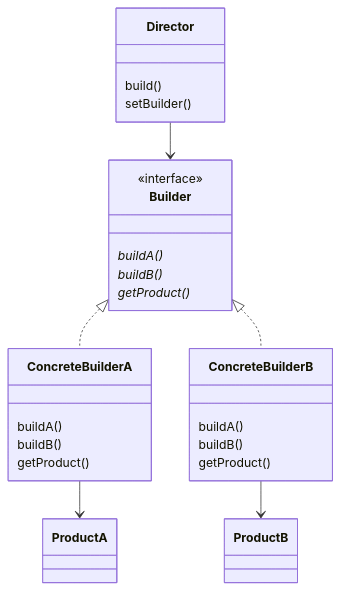
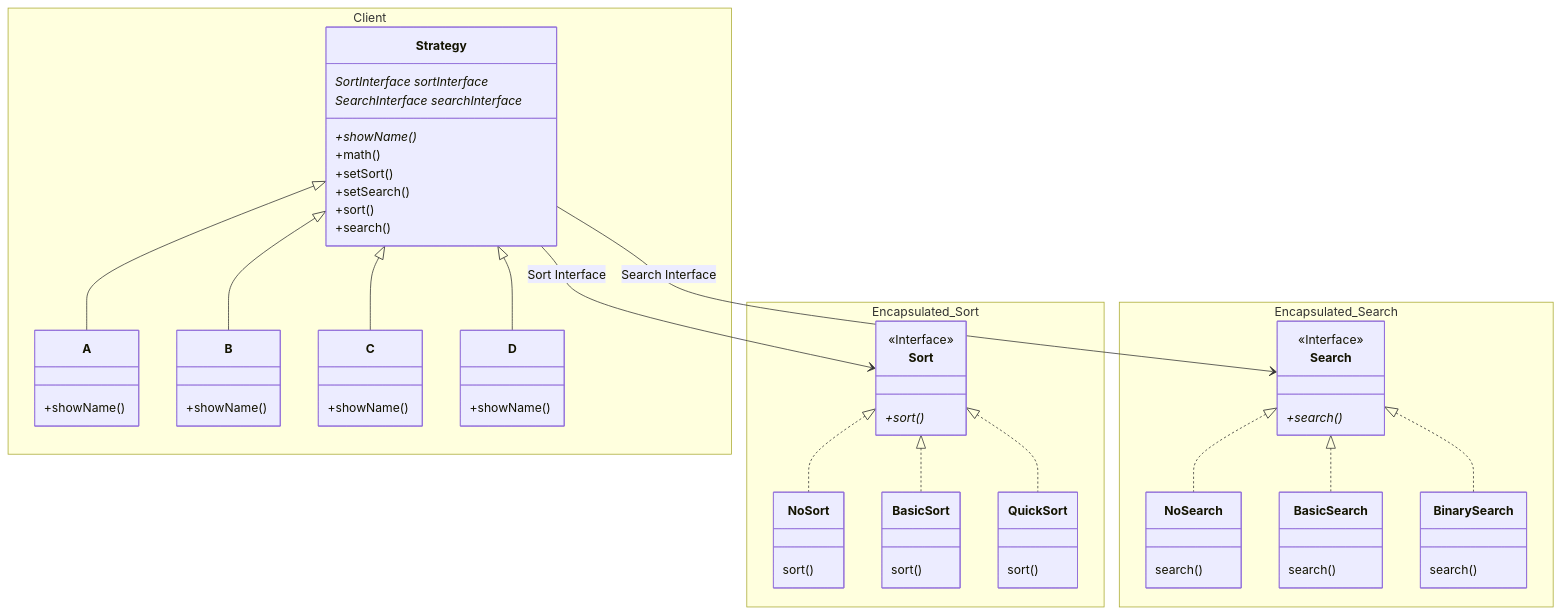
The diagram in classdiagram.md (bloodstrawberry2/new_repo), drawn with Mermaid before and after one commit.

````diff
--- a/classdiagram.md
+++ b/classdiagram.md
@@ -1,39 +1,77 @@
 ```mermaid
   classDiagram    
-    class Director {
-      build()
-      setBuilder()
+    namespace Client {
+      class Strategy { 
+        SortInterface sortInterface*
+        SearchInterface searchInterface*
+        +showName()*
+        +math()
+        +setSort()
+        +setSearch()
+        +sort()
+        +search()
+      }
+      class A { 
+        +showName()
+      }
+      class B { 
+        +showName()
+      }
+      class C { 
+        +showName()
+      }
+      class D { 
+        +showName()
+      }
     }
-
-    class Builder {
-       buildA()*
-       buildB()*
-       getProduct()*
-    } 
-    
-    class ConcreteBuilderA {
-       buildA()
-       buildB()
-       getProduct()
+    namespace Encapsulated_Sort {
+      class Sort {
+        +sort()*
+      }
+      class NoSort {
+        sort()
+      }
+      class BasicSort {
+        sort()
+      }
+      class Quick Sort {
+        sort()
+      }
+    }
+    namespace Encapsulated_Search {
+      class Search {
+        +search()*
+      }
+      class NoSearch {
+        search()
+      }
+      class BasicSearch {
+        search()
+      }
+      class BinarySearch {
+        search()
+      }
     }
     
-    class ConcreteBuilderB {
-       buildA()
-       buildB()
-       getProduct()
-    }
 
-    class ProductA {
-    }
 
-    class ProductB {
-    }
+    <<Interface>> Sort
+    <<Interface>> Search
     
-    <<interface>> Builder
+    Strategy <|-- A
+    Strategy <|-- B    
+    Strategy <|-- C
+    Strategy <|-- D    
+    
+    Strategy --> Sort :  Sort Interface 
+    Strategy --> Search : Search Interface 
 
-    Director --> Builder
-    Builder <|.. ConcreteBuilderA
-    Builder <|.. ConcreteBuilderB    
-    ConcreteBuilderA --> ProductA
-    ConcreteBuilderB --> ProductB     
+    Sort <|.. NoSort 
+    Sort <|.. BasicSort 
+    Sort <|.. QuickSort
+
+    Search <|.. NoSearch 
+    Search <|.. BasicSearch 
+    Search <|.. BinarySearch
+    
 ```
````
